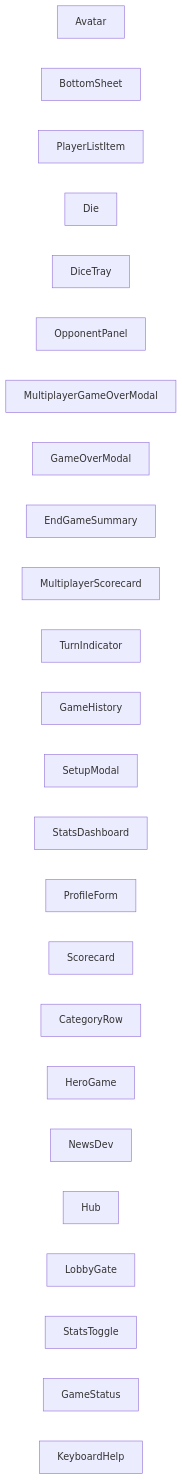
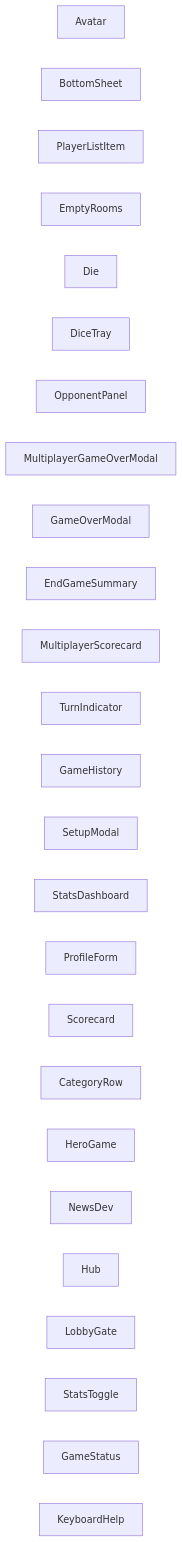
Before and after one commit to verlyn13/dicee: the diagram in docs/architecture/akg/diagrams/COMPONENT_DEPENDENCIES.md, drawn with Mermaid. The commit also changed other lines of this file and 35 other files, not shown here.

````diff
--- a/docs/architecture/akg/diagrams/COMPONENT_DEPENDENCIES.md
+++ b/docs/architecture/akg/diagrams/COMPONENT_DEPENDENCIES.md
@@ -13,28 +13,29 @@
 ```mermaid
 flowchart LR
     component__Avatar__nts_ui_Avatar_svelte["Avatar"]
     component__BottomSheet__i_BottomSheet_sv["BottomSheet"]
     component__PlayerListItem__layerListItem["PlayerListItem"]
+    component__EmptyRooms__by_EmptyRooms_sve["EmptyRooms"]
     component__Die__ents_dice_Die_svelte["Die"]
     component__DiceTray__dice_DiceTray_svelt["DiceTray"]
     component__OpponentPanel__OpponentPanel_["OpponentPanel"]
     component__MultiplayerGameOverModal__Gam["MultiplayerGameOverModal"]
     component__GameOverModal__GameOverModal_["GameOverModal"]
     component__EndGameSummary__ndGameSummary["EndGameSummary"]
     component__MultiplayerScorecard__ayerSco["MultiplayerScorecard"]
     component__TurnIndicator__TurnIndicator_["TurnIndicator"]
     component__GameHistory__e_GameHistory_sv["GameHistory"]
     component__SetupModal__le_SetupModal_sve["SetupModal"]
     component__StatsDashboard__tatsDashboard["StatsDashboard"]
     component__ProfileForm__e_ProfileForm_sv["ProfileForm"]
     component__Scorecard__ard_Scorecard_svel["Scorecard"]
     component__CategoryRow__d_CategoryRow_sv["CategoryRow"]
     component__HeroGame___hub_HeroGame_svelt["HeroGame"]
     component__NewsDev__s_hub_NewsDev_svelte["NewsDev"]
     component__Hub__nents_hub_Hub_svelte["Hub"]
     component__LobbyGate__hub_LobbyGate_svel["LobbyGate"]
     component__StatsToggle__d_StatsToggle_sv["StatsToggle"]
     component__GameStatus__ud_GameStatus_sve["GameStatus"]
     component__KeyboardHelp___KeyboardHelp_s["KeyboardHelp"]
 
 ```
````
